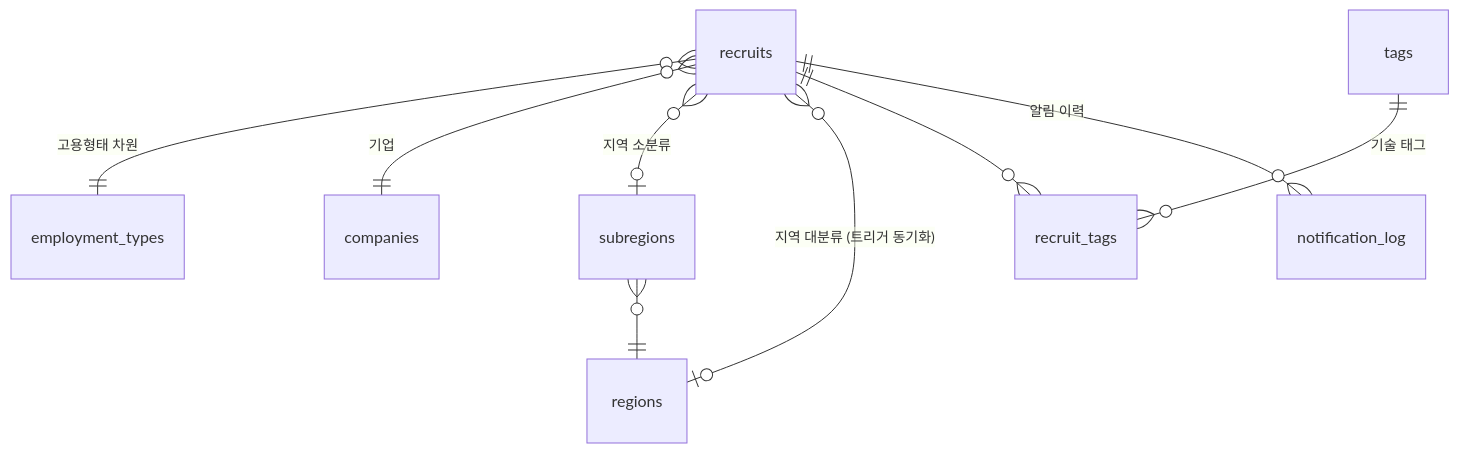
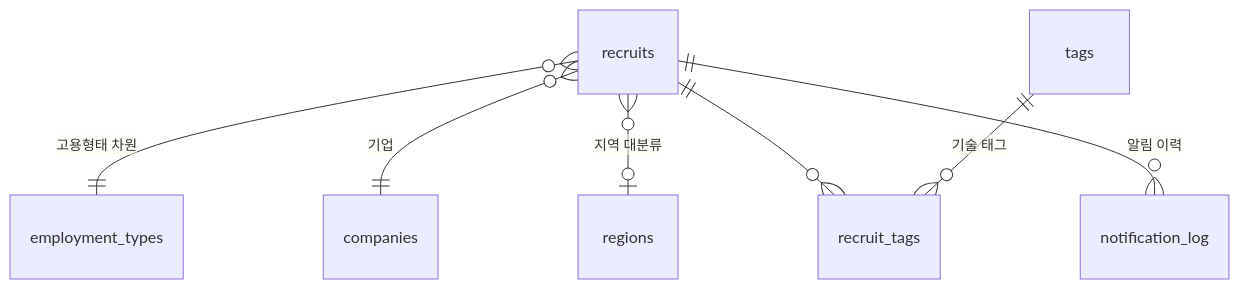
The diagram in README.md (binnini/Job_search_bot), drawn with Mermaid before and after one commit. The commit also changed 15 other files, not shown here.

````diff
--- a/README.md
+++ b/README.md
@@ -125,11 +125,9 @@
 ```mermaid
 erDiagram
     recruits }o--|| employment_types : "고용형태 차원"
     recruits }o--|| companies : "기업"
-    recruits }o--o| subregions : "지역 소분류"
-    recruits }o--o| regions : "지역 대분류 (트리거 동기화)"
-    subregions }o--|| regions : ""
+    recruits }o--o| regions : "지역 대분류"
     recruits ||--o{ recruit_tags : ""
     tags ||--o{ recruit_tags : "기술 태그"
     recruits ||--o{ notification_log : "알림 이력"
 ```
````
